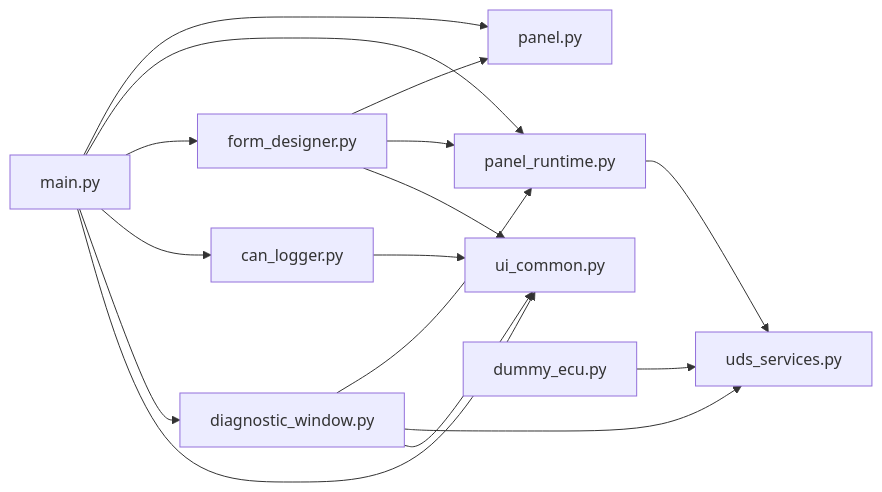
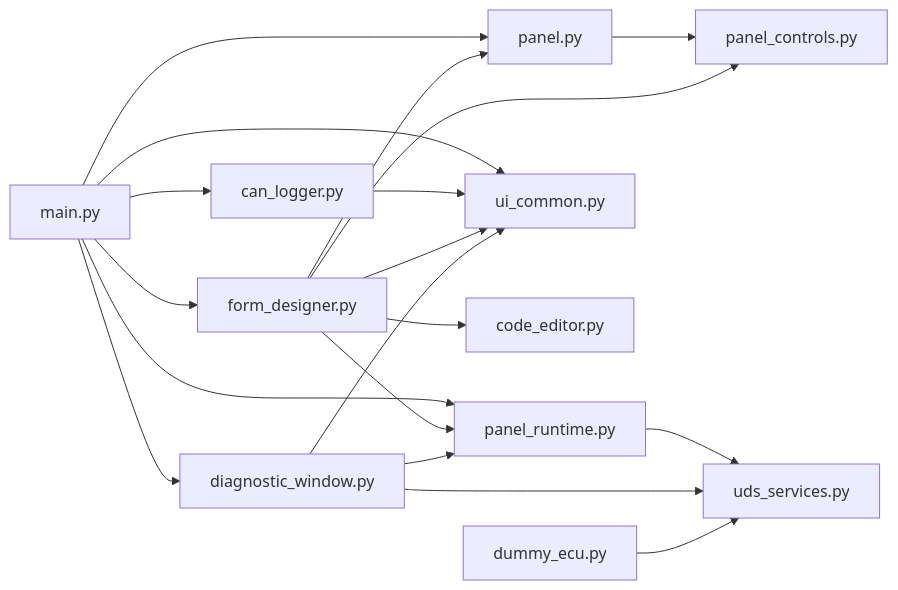
Before and after one commit to HyperFluxQc/CanExpert: the first of 4 diagrams in DOCUMENTATION.md, drawn with Mermaid. The commit also changed other lines of this file and 14 other files, not shown here.

First line of the commit message:
Form Designer: control library, Python event handlers, layout tools

````diff
--- a/DOCUMENTATION.md
+++ b/DOCUMENTATION.md
@@ -21,19 +21,22 @@
 ```mermaid
 flowchart LR
     main["main.py"]
     main --> panel["panel.py"]
     main --> panel_runtime["panel_runtime.py"]
     main --> form_designer["form_designer.py"]
     main --> can_logger["can_logger.py"]
     main --> diagnostic_window["diagnostic_window.py"]
     main --> ui_common["ui_common.py"]
     form_designer --> panel
     form_designer --> panel_runtime
+    form_designer --> code_editor["code_editor.py"]
+    panel --> panel_controls["panel_controls.py"]
+    form_designer --> panel_controls
     panel_runtime --> uds_services["uds_services.py"]
     diagnostic_window --> panel_runtime
     diagnostic_window --> uds_services
     can_logger --> ui_common
     form_designer --> ui_common
     diagnostic_window --> ui_common
     dummy_ecu["dummy_ecu.py"] --> uds_services
 ```
````
